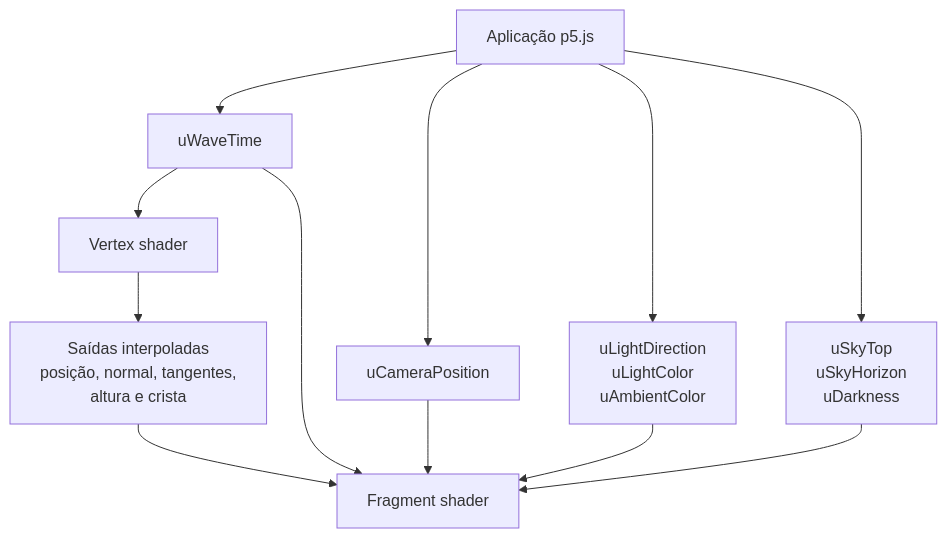
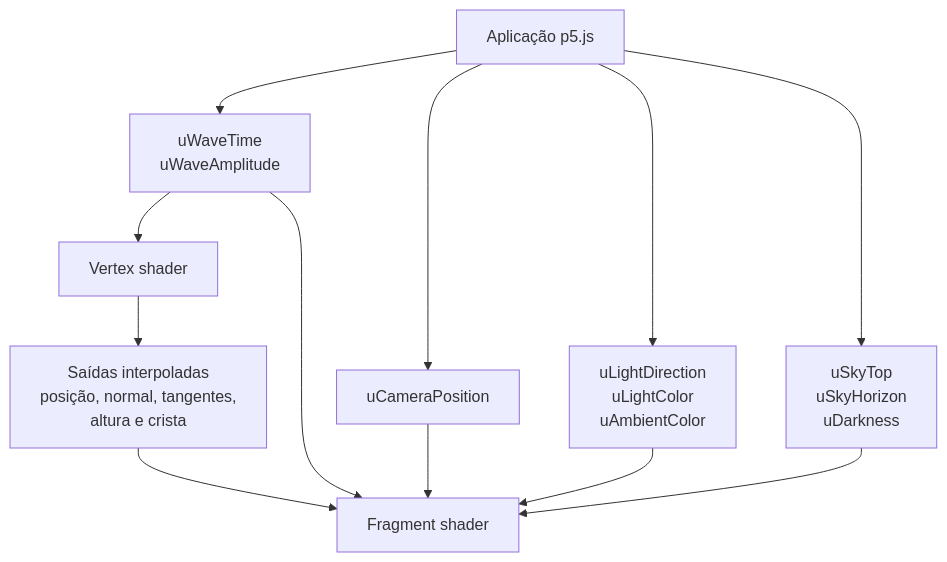
The second of 2 diagrams in docs/oceano-gerstner-shaders.md (fgiongo/compgraf), drawn with Mermaid before and after one commit. The commit also changed other lines of this file and 6 other files, not shown here.

First line of the commit message:
Add interactive wave amplitude control

````diff
--- a/docs/oceano-gerstner-shaders.md
+++ b/docs/oceano-gerstner-shaders.md
@@ -483,22 +483,22 @@
 ```mermaid
 flowchart TB
     JS["Aplicação p5.js"]
-    U1["uWaveTime"]
+    U1["uWaveTime<br/>uWaveAmplitude"]
     U2["uCameraPosition"]
     U3["uLightDirection<br/>uLightColor<br/>uAmbientColor"]
     U5["uSkyTop<br/>uSkyHorizon<br/>uDarkness"]
     V["Vertex shader"]
     I["Saídas interpoladas<br/>posição, normal, tangentes,<br/>altura e crista"]
     F["Fragment shader"]
 
     JS --> U1
     JS --> U2
     JS --> U3
     JS --> U5
     U1 --> V
     U1 --> F
     U2 --> F
     U3 --> F
     U5 --> F
     V --> I --> F
 ```
````
